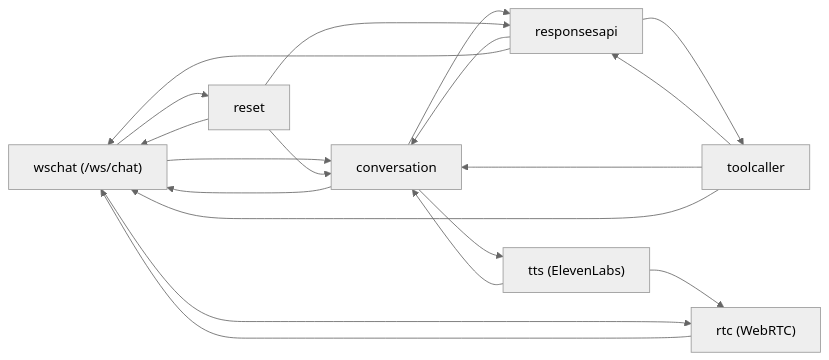
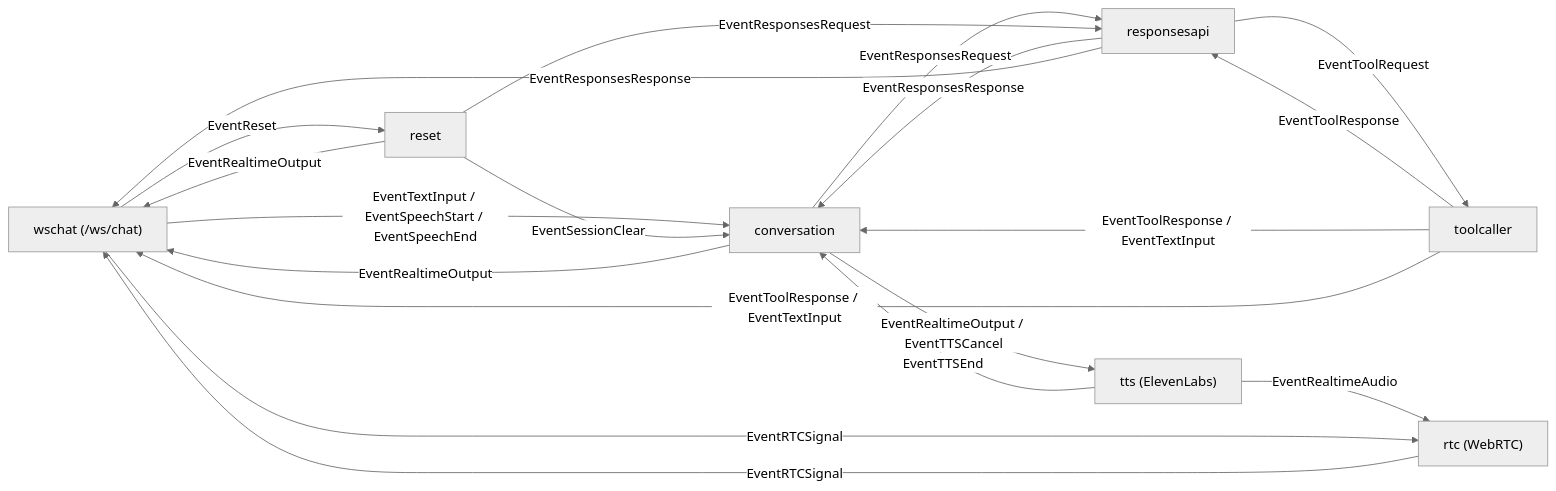
The diagram in README.md (tetetratra/smart-speaker), drawn with Mermaid (neutral theme) before and after one commit.

Commit message:
構成図にイベント種別を追記

````diff
--- a/README.md
+++ b/README.md
@@ -79,35 +79,35 @@
 ```mermaid
 flowchart LR
   wschat["wschat (/ws/chat)"]
   reset["reset"]
   conversation["conversation"]
   responses["responsesapi"]
   toolcaller["toolcaller"]
   tts["tts (ElevenLabs)"]
   rtc["rtc (WebRTC)"]
 
-  wschat --> conversation
-  conversation --> wschat
+  wschat -- "EventTextInput / EventSpeechStart / EventSpeechEnd" --> conversation
+  conversation -- "EventRealtimeOutput" --> wschat
 
-  conversation --> responses
-  responses --> conversation
+  conversation -- "EventResponsesRequest" --> responses
+  responses -- "EventResponsesResponse" --> conversation
 
-  responses --> toolcaller
-  toolcaller --> responses
+  responses -- "EventToolRequest" --> toolcaller
+  toolcaller -- "EventToolResponse" --> responses
 
-  toolcaller --> conversation
-  toolcaller --> wschat
-  responses --> wschat
+  toolcaller -- "EventToolResponse / EventTextInput" --> conversation
+  toolcaller -- "EventToolResponse / EventTextInput" --> wschat
+  responses -- "EventResponsesResponse" --> wschat
 
-  conversation --> tts
-  tts --> conversation
-  tts --> rtc
+  conversation -- "EventRealtimeOutput / EventTTSCancel" --> tts
+  tts -- "EventTTSEnd" --> conversation
+  tts -- "EventRealtimeAudio" --> rtc
 
-  wschat --> rtc
-  rtc --> wschat
+  wschat -- "EventRTCSignal" --> rtc
+  rtc -- "EventRTCSignal" --> wschat
 
-  wschat --> reset
-  reset --> wschat
-  reset --> responses
-  reset --> conversation
+  wschat -- "EventReset" --> reset
+  reset -- "EventRealtimeOutput" --> wschat
+  reset -- "EventResponsesRequest" --> responses
+  reset -- "EventSessionClear" --> conversation
 ```
````
